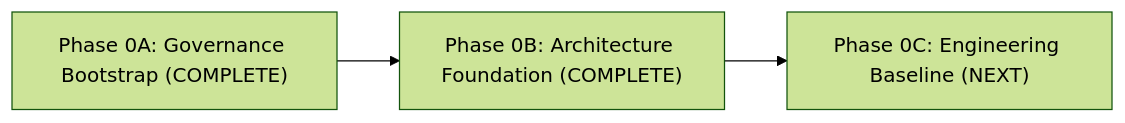
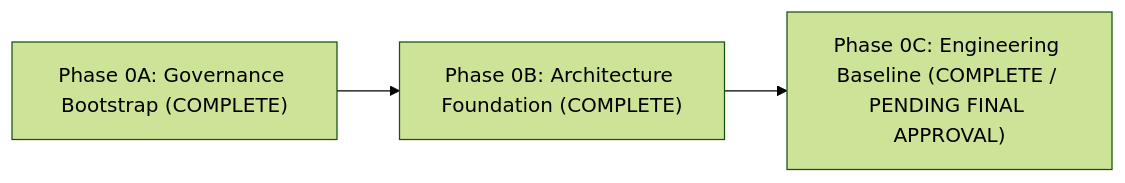
One commit to royervillegasgamarra-lab/medstudy-atlas changed the diagram in docs/roadmap/phase-0.md. Above: the diagram before and after it, drawn with Mermaid (forest theme). The commit also changed other lines of this file and 51 other files, not shown here.

Commit message:
chore(engineering): establish MedStudy Atlas phase 0C baseline

````diff
--- a/docs/roadmap/phase-0.md
+++ b/docs/roadmap/phase-0.md
@@ -5,5 +5,5 @@
 ```mermaid
 flowchart LR
     A["Phase 0A: Governance Bootstrap (COMPLETE)"] --> B["Phase 0B: Architecture Foundation (COMPLETE)"]
-    B --> C["Phase 0C: Engineering Baseline (NEXT)"]
+    B --> C["Phase 0C: Engineering Baseline (COMPLETE / PENDING FINAL APPROVAL)"]
 ```
````
